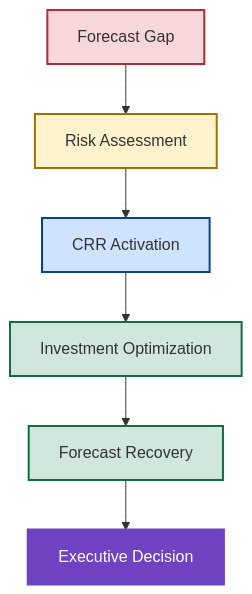
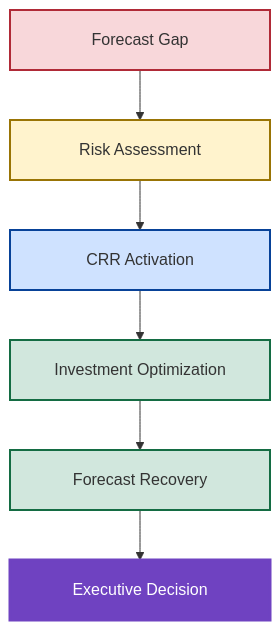
The fourth of 4 diagrams in README.md (AwesomeAnil/newbridge-saas-operating-system), drawn with Mermaid before and after one commit. The commit also changed other lines of this file, not shown here.

````diff
--- a/README.md
+++ b/README.md
@@ -247,27 +211,17 @@
 ```mermaid
 flowchart TD
 
-A["Forecast Gap"]
+    A["<table><tr><td width='350' align='center'>Forecast Gap</td></tr></table>"] --> B["<table><tr><td width='350' align='center'>Risk Assessment</td></tr></table>"]
+    B --> C["<table><tr><td width='350' align='center'>CRR Activation</td></tr></table>"]
+    C --> D["<table><tr><td width='350' align='center'>Investment Optimization</td></tr></table>"]
+    D --> E["<table><tr><td width='350' align='center'>Forecast Recovery</td></tr></table>"]
+    E --> F["<table><tr><td width='350' align='center'>Executive Decision</td></tr></table>"]
 
---> B["Risk Assessment"]
-
---> C["CRR Activation"]
-
---> D["Investment Optimization"]
-
---> E["Forecast Recovery"]
-
---> F["Executive Decision"]
-
-style A fill:#f8d7da,stroke:#b02a37,stroke-width:2px
-
-style B fill:#fff3cd,stroke:#997404,stroke-width:2px
-
-style C fill:#cfe2ff,stroke:#084298,stroke-width:2px
-
-style D fill:#d1e7dd,stroke:#146c43,stroke-width:2px
-
-style E fill:#d1e7dd,stroke:#146c43,stroke-width:2px
-
-style F fill:#6f42c1,color:#ffffff,stroke:#6f42c1,stroke-width:3px
+    %% Individual Node Color Overrides
+    style A fill:#f8d7da,stroke:#b02a37,stroke-width:2px
+    style B fill:#fff3cd,stroke:#997404,stroke-width:2px
+    style C fill:#cfe2ff,stroke:#084298,stroke-width:2px
+    style D fill:#d1e7dd,stroke:#146c43,stroke-width:2px
+    style E fill:#d1e7dd,stroke:#146c43,stroke-width:2px
+    style F fill:#6f42c1,color:#ffffff,stroke:#6f42c1,stroke-width:3px
 ```
````
